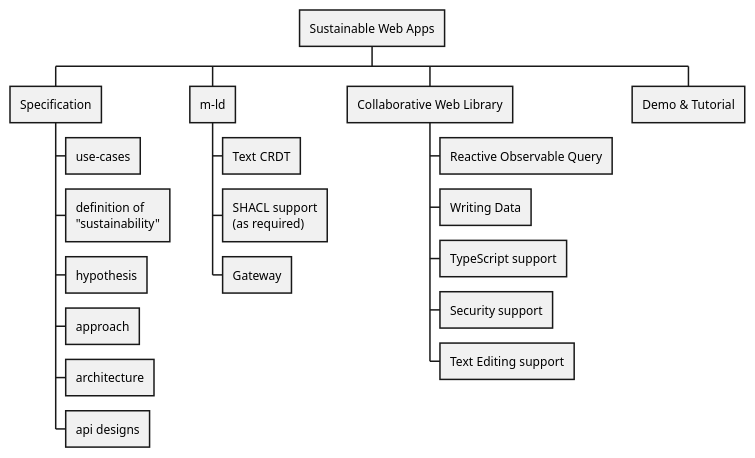
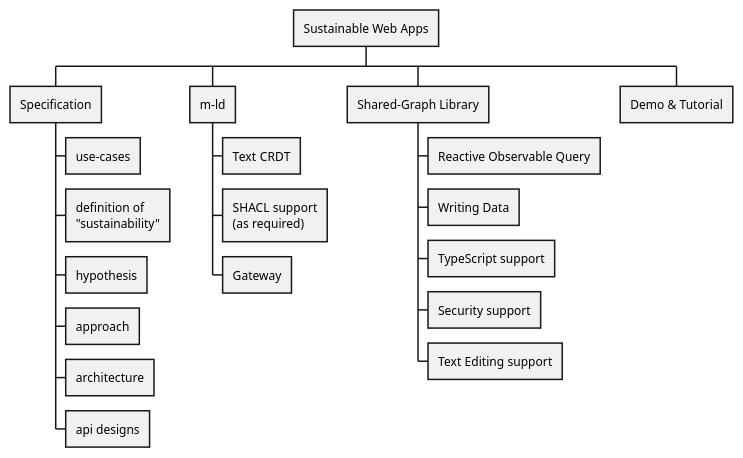
The diagram in spec/design/approach.wbs.puml (m-ld/sustainable-web-apps), drawn with PlantUML before and after one commit. The commit also changed 26 other files, not shown here.

Commit message:
Rebranded to Shared-Graph Model Pattern Added Pattern Definition section

```diff
--- a/spec/design/approach.wbs.puml
+++ b/spec/design/approach.wbs.puml
@@ -1,23 +1,23 @@
 @startwbs
 'https://plantuml.com/wbs-diagram
 
 * Sustainable Web Apps
 ** Specification
 *** use-cases
 *** definition of\n"sustainability"
 *** hypothesis
 *** approach
 *** architecture
 *** api designs
 ** m-ld
 *** Text CRDT
 *** SHACL support\n(as required)
 *** Gateway
-** Collaborative Web Library
+** Shared-Graph Library
 *** Reactive Observable Query
 *** Writing Data
 *** TypeScript support
 *** Security support
 *** Text Editing support
 ** Demo & Tutorial
 @endwbs
```
